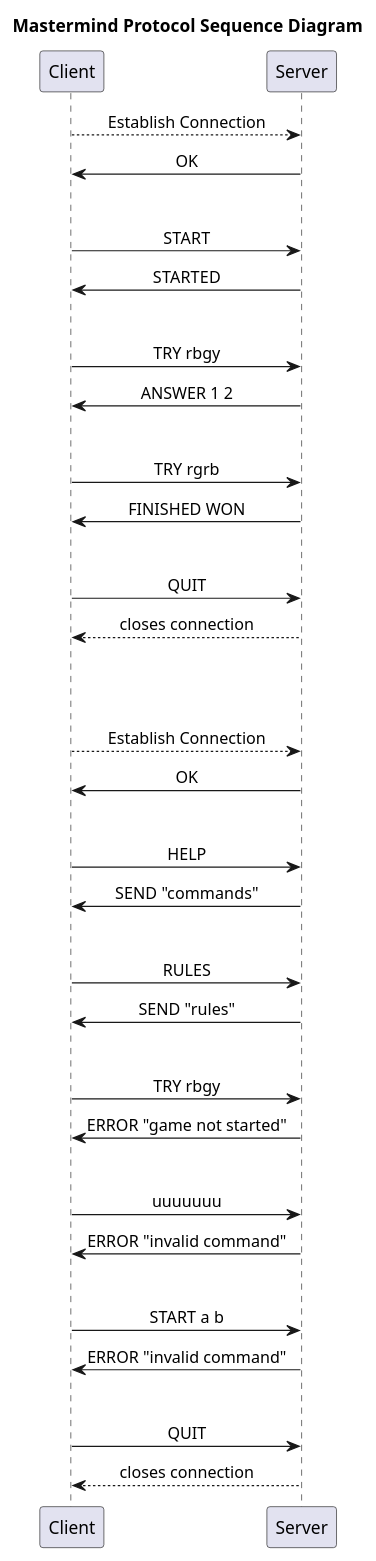
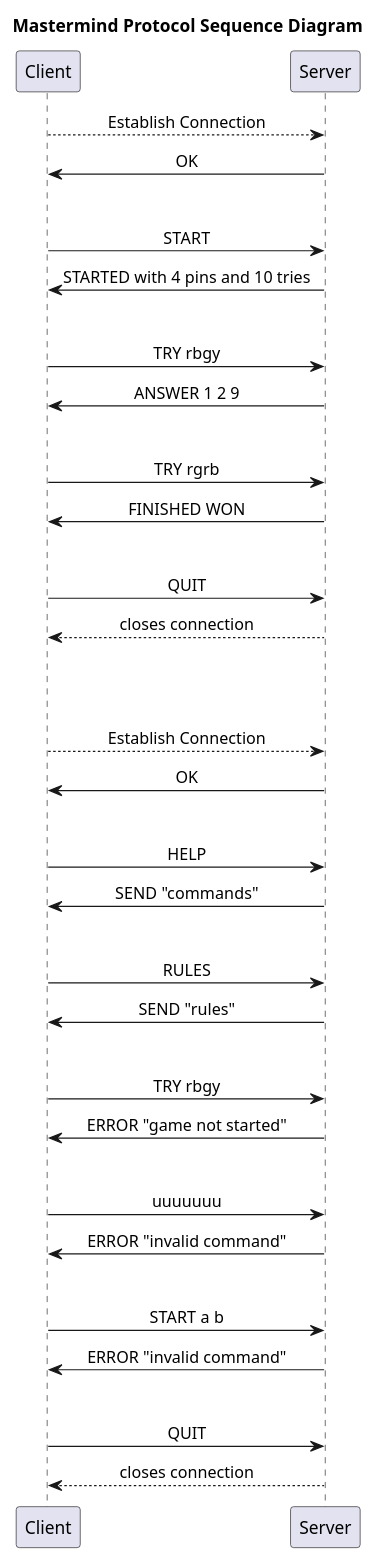
Before and after one commit to sarsurgithub/DAI-PW2-Mastermind: the diagram in diagramSeqProt.plantuml, drawn with PlantUML. The commit also changed 2 other files, not shown here.

```diff
--- a/diagramSeqProt.plantuml
+++ b/diagramSeqProt.plantuml
@@ -1,66 +1,66 @@
 @startuml
 'https://plantuml.com/sequence-diagram
 
 skinparam sequenceMessageAlign center
 
 Title Mastermind Protocol Sequence Diagram
 
 Client --> Server: Establish Connection
 Server -> Client: OK
 
 ||30||
 
 Client -> Server: START
-Client <- Server: STARTED
+Client <- Server: STARTED with 4 pins and 10 tries
 
 ||30||
 
 Client -> Server: TRY rbgy
-Client <- Server: ANSWER 1 2
+Client <- Server: ANSWER 1 2 9
 
 ||30||
 
 Client -> Server: TRY rgrb
 Client <- Server: FINISHED WON
 
 ||30||
 
 Client -> Server: QUIT
 Client <-- Server: closes connection
 
 ||60||
 
 Client --> Server: Establish Connection
 Client <- Server: OK
 
 ||30||
 
 Client -> Server: HELP
 Client <- Server: SEND "commands"
 
 ||30||
 
 Client -> Server: RULES
 Client <- Server: SEND "rules"
 
 ||30||
 
 Client -> Server: TRY rbgy
 Client <- Server: ERROR "game not started"
 
 ||30||
 
 Client -> Server: uuuuuuu
 Client <- Server: ERROR "invalid command"
 
 ||30||
 
 Client -> Server: START a b
 Client <- Server: ERROR "invalid command"
 
 ||30||
 
 Client -> Server: QUIT
 Client <-- Server: closes connection
 
 @enduml
```
